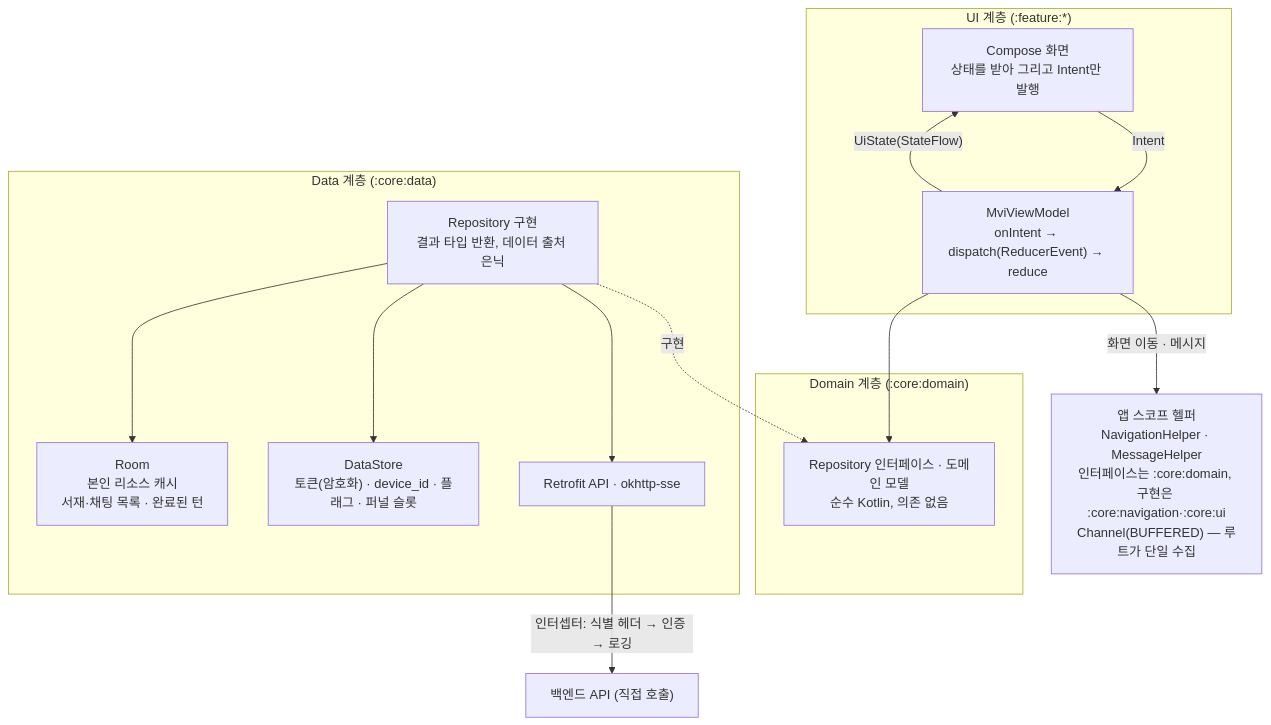
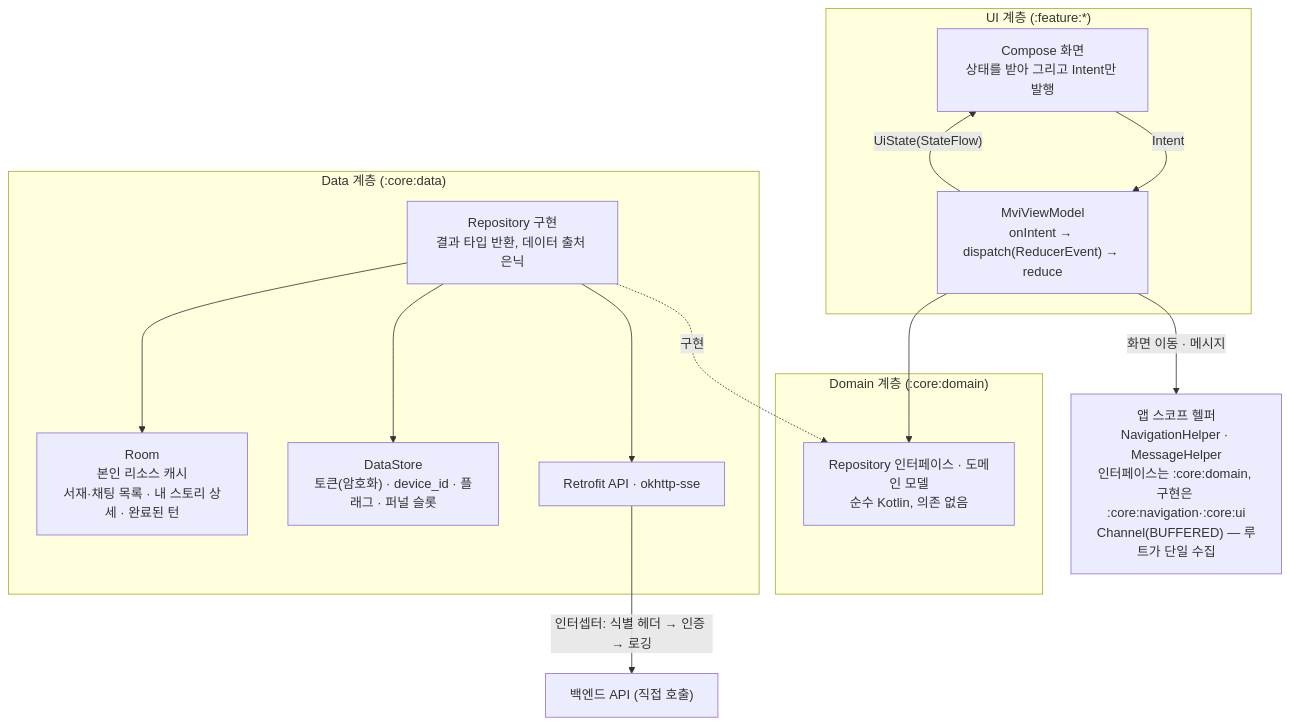
Before and after one commit to KIM-N-KANG/knk-harness: the first of 2 diagrams in docs/product-specs/3-3-android-app.md, drawn with Mermaid. The commit also changed other lines of this file and 1 other file, not shown here.

First line of the commit message:
[KNK-772] Docs: 스토리 상세를 캐시 대상에 편입하고 소유 판정 규칙 추가

````diff
--- a/docs/product-specs/3-3-android-app.md
+++ b/docs/product-specs/3-3-android-app.md
@@ -153,25 +153,25 @@
 ```mermaid
 graph TD
     subgraph UI["UI 계층 (:feature:*)"]
         C["Compose 화면<br/>상태를 받아 그리고 Intent만 발행"]
         VM["MviViewModel<br/>onIntent → dispatch(ReducerEvent) → reduce"]
     end
     subgraph DOMAIN["Domain 계층 (:core:domain)"]
         RI["Repository 인터페이스 · 도메인 모델<br/>순수 Kotlin, 의존 없음"]
     end
     subgraph DATA["Data 계층 (:core:data)"]
         R["Repository 구현<br/>결과 타입 반환, 데이터 출처 은닉"]
         API["Retrofit API · okhttp-sse"]
         DS["DataStore<br/>토큰(암호화) · device_id · 플래그 · 퍼널 슬롯"]
-        DB["Room<br/>본인 리소스 캐시<br/>서재·채팅 목록 · 완료된 턴"]
+        DB["Room<br/>본인 리소스 캐시<br/>서재·채팅 목록 · 내 스토리 상세 · 완료된 턴"]
     end
     C -->|Intent| VM
     VM -->|"UiState(StateFlow)"| C
     VM -->|"화면 이동 · 메시지"| HELP["앱 스코프 헬퍼<br/>NavigationHelper · MessageHelper<br/>인터페이스는 :core:domain, 구현은 :core:navigation·:core:ui<br/>Channel(BUFFERED) — 루트가 단일 수집"]
     VM --> RI
     R -.->|구현| RI
     R --> API
     R --> DS
     R --> DB
     API -->|"인터셉터: 식별 헤더 → 인증 → 로깅"| BE["백엔드 API (직접 호출)"]
 ```
````
